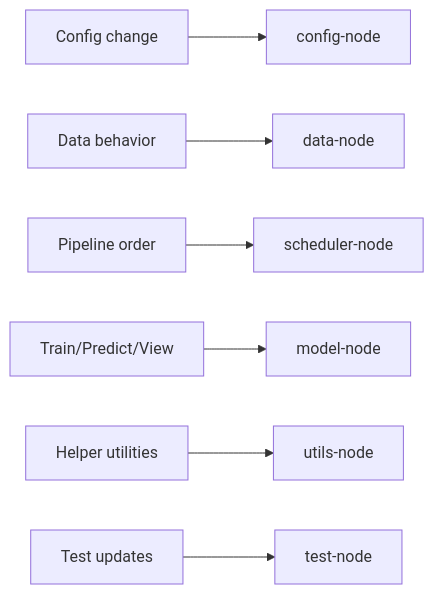
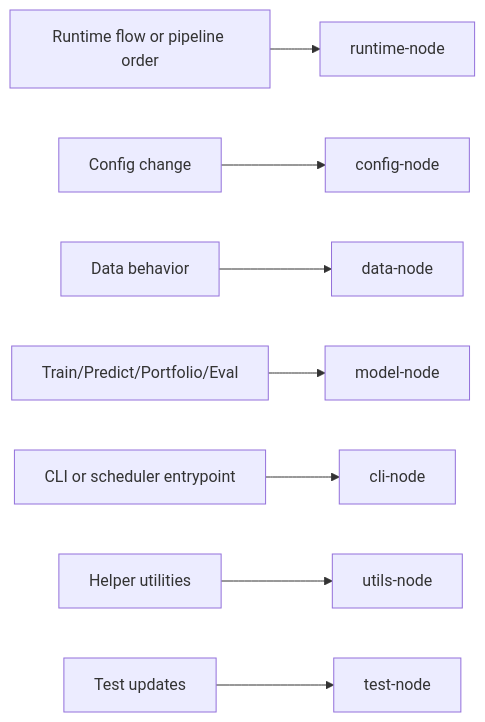
Before and after one commit to RyanTsi/quant: the diagram in docs/navigation-docs/module-index.md, drawn with Mermaid. The commit also changed other lines of this file and 116 other files, not shown here.

````diff
--- a/docs/navigation-docs/module-index.md
+++ b/docs/navigation-docs/module-index.md
@@ -20,9 +20,10 @@
 ```mermaid
 graph LR
-    A[Config change] --> B[config-node]
-    C[Data behavior] --> D[data-node]
-    E[Pipeline order] --> F[scheduler-node]
-    G[Train/Predict/View] --> H[model-node]
-    I[Helper utilities] --> J[utils-node]
-    K[Test updates] --> L[test-node]
+    A[Runtime flow or pipeline order] --> B[runtime-node]
+    C[Config change] --> D[config-node]
+    E[Data behavior] --> F[data-node]
+    G[Train/Predict/Portfolio/Eval] --> H[model-node]
+    I[CLI or scheduler entrypoint] --> J[cli-node]
+    K[Helper utilities] --> L[utils-node]
+    M[Test updates] --> N[test-node]
 ```
````
